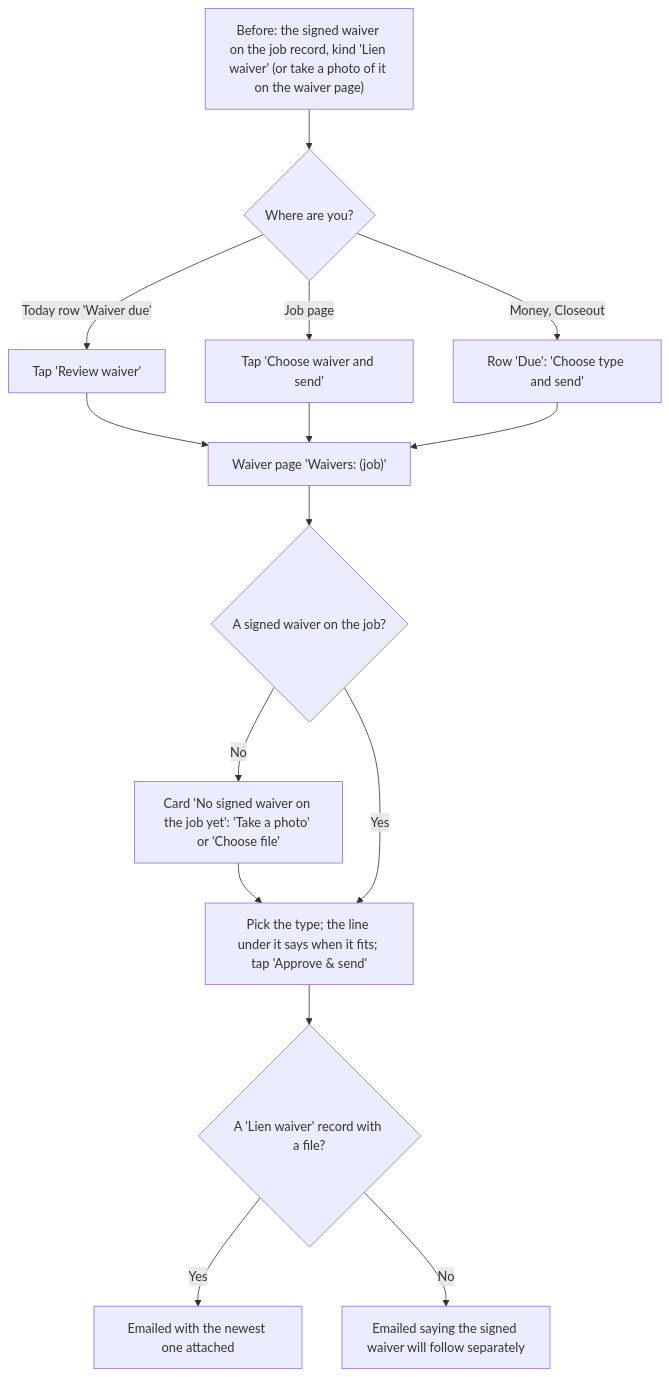
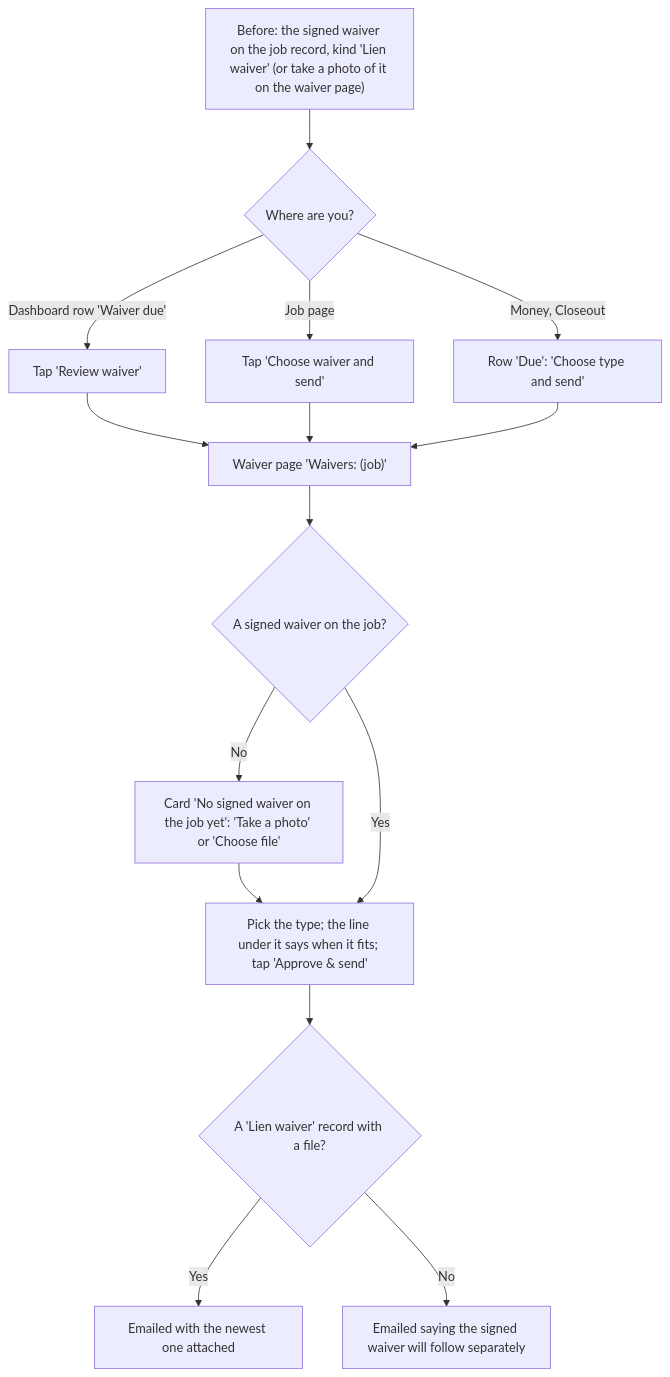
Diagram 11 of 15 in docs/client-flows.md (cartwrightstephen/billdable), drawn with Mermaid before and after one commit. The commit also changed other lines of this file, not shown here.

First line of the commit message:
Flows doc: the seven sections, Client wording, and references to the split modules

````diff
--- a/docs/client-flows.md
+++ b/docs/client-flows.md
@@ -410,17 +414,17 @@
 ```mermaid
 flowchart TD
     A["Before: the signed waiver on the job record, kind 'Lien waiver' (or take a photo of it on the waiver page)"] --> B{"Where are you?"}
-    B -->|"Today row 'Waiver due'"| C["Tap 'Review waiver'"]
+    B -->|"Dashboard row 'Waiver due'"| C["Tap 'Review waiver'"]
     B -->|"Job page"| C2["Tap 'Choose waiver and send'"]
     B -->|"Money, Closeout"| C3["Row 'Due': 'Choose type and send'"]
     C --> D["Waiver page 'Waivers: (job)'"]
     C2 --> D
     C3 --> D
     D --> E{"A signed waiver on the job?"}
     E -->|"No"| E1["Card 'No signed waiver on the job yet': 'Take a photo' or 'Choose file'"]
     E1 --> F
     E -->|"Yes"| F["Pick the type; the line under it says when it fits; tap 'Approve & send'"]
     F --> H{"A 'Lien waiver' record with a file?"}
     H -->|"Yes"| I["Emailed with the newest one attached"]
     H -->|"No"| J["Emailed saying the signed waiver will follow separately"]
 ```
````
